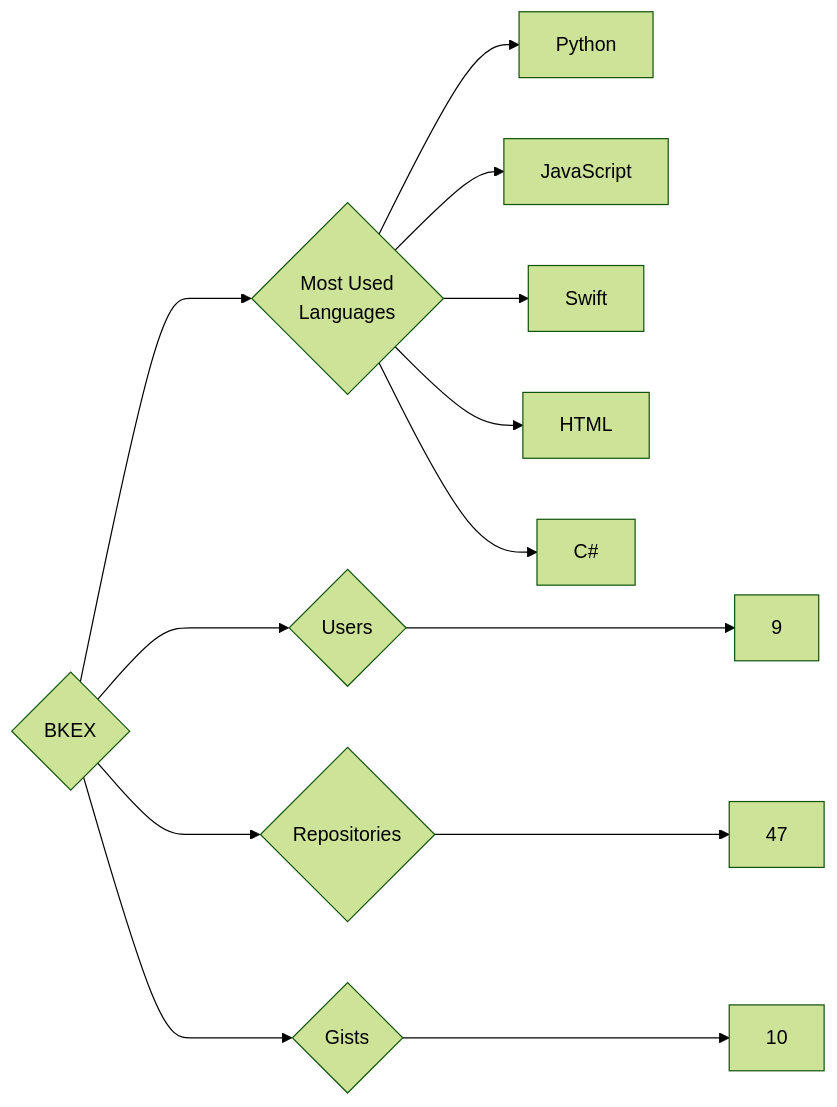
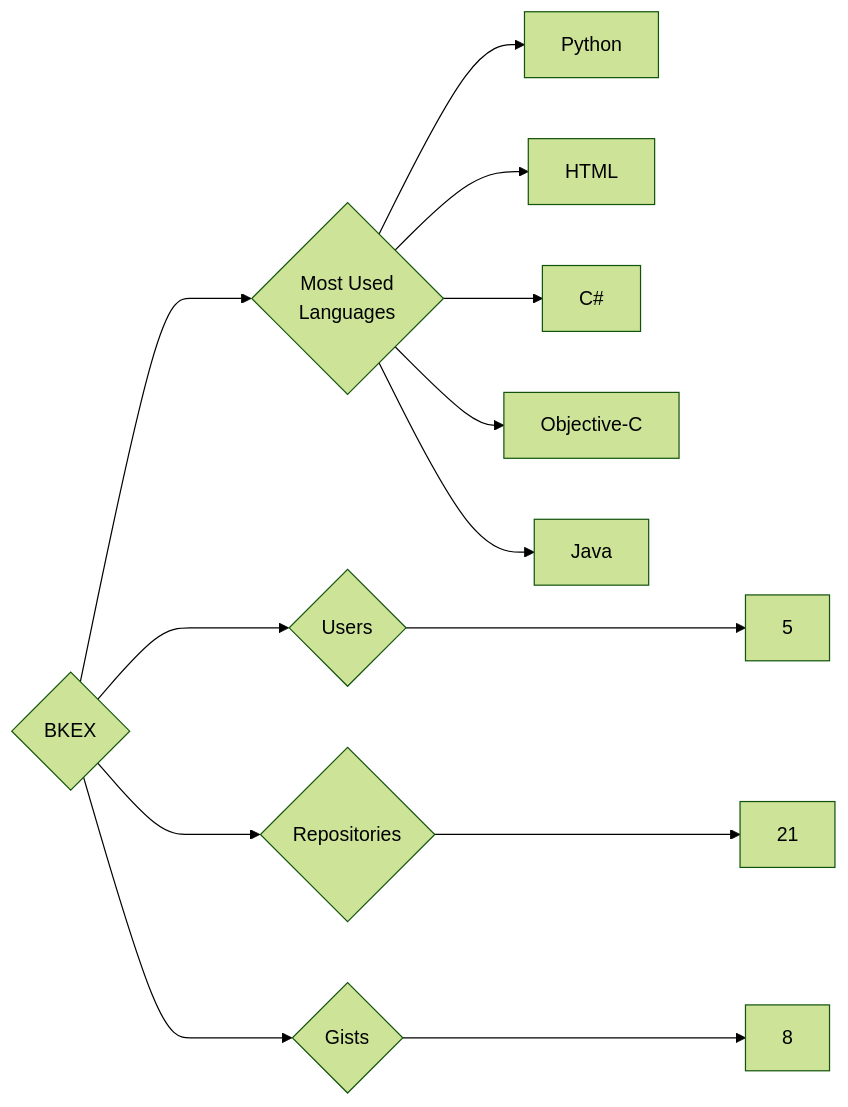
One commit to trickest/insiders changed the diagram in targets/BKEX/README.md. Above: the diagram before and after it, drawn with Mermaid (forest theme). The commit also changed 1084 other files, not shown here.

````diff
--- a/targets/BKEX/README.md
+++ b/targets/BKEX/README.md
@@ -3,13 +3,13 @@
 ```mermaid
 graph LR
 COMPANY_NAME{BKEX}
-COMPANY_NAME ---> U{Users} ---> UN[9]
-COMPANY_NAME ---> R{Repositories} ---> RN[47]
-COMPANY_NAME ---> G{Gists} ---> GN[10]
+COMPANY_NAME ---> U{Users} ---> UN[5]
+COMPANY_NAME ---> R{Repositories} ---> RN[21]
+COMPANY_NAME ---> G{Gists} ---> GN[8]
 COMPANY_NAME ---> ML{Most Used<br>Languages}
 ML --> Python[Python]
-ML --> JavaScript[JavaScript]
-ML --> Swift[Swift]
 ML --> HTML[HTML]
 ML --> C#[C#]
+ML --> Objective-C[Objective-C]
+ML --> Java[Java]
 ```
````
